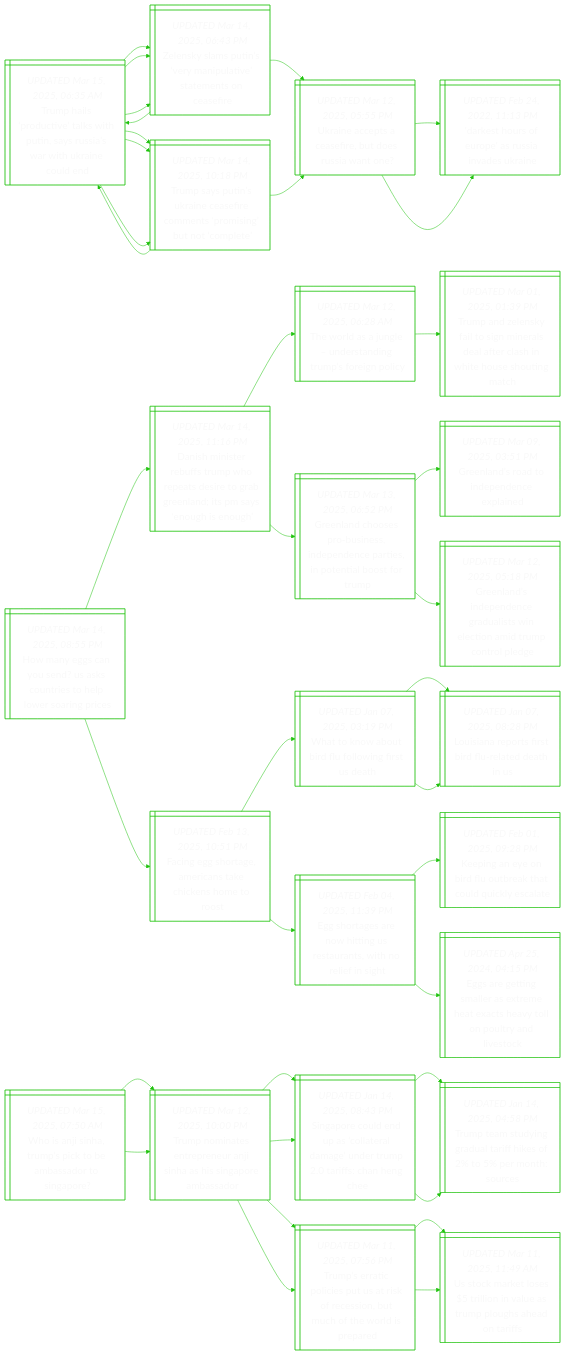
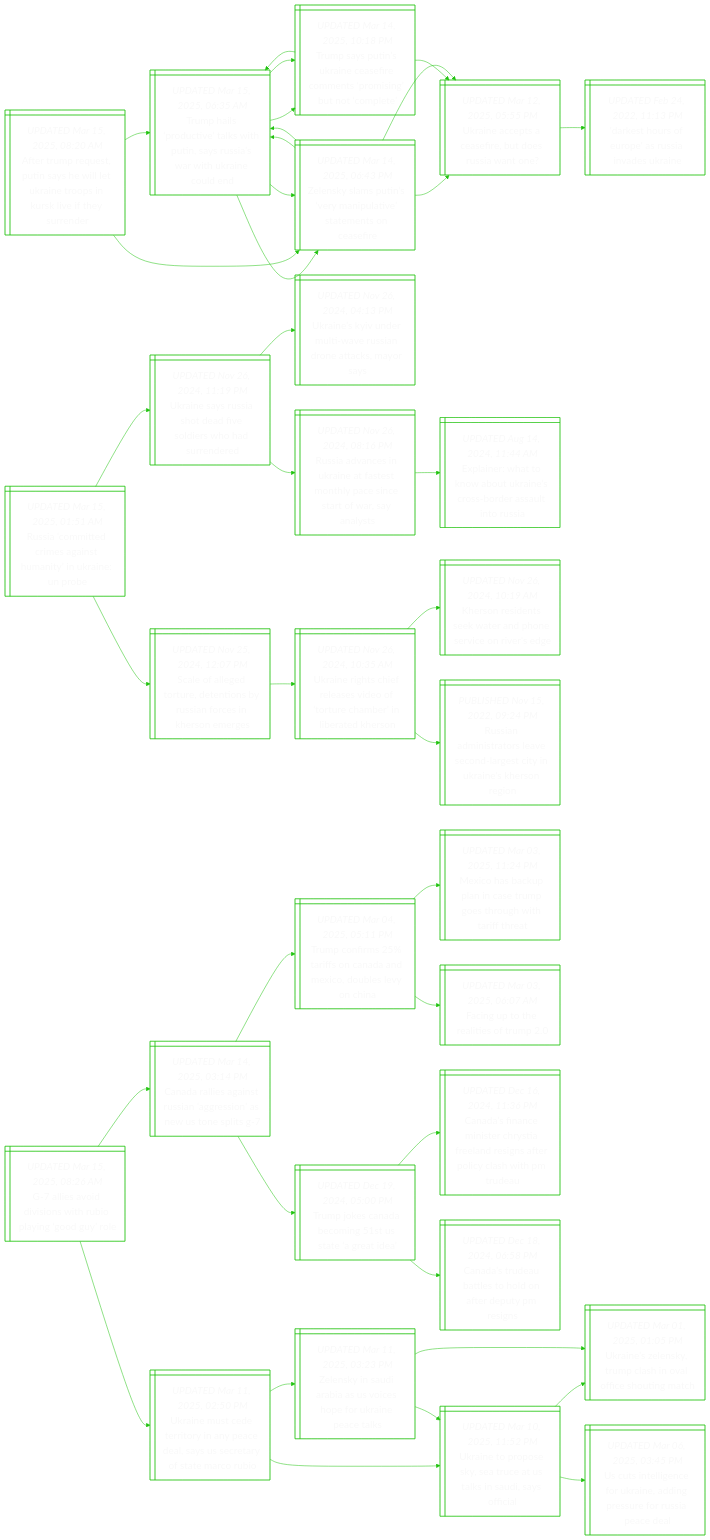
The diagram in README.md (notJmes/notJmes), drawn with Mermaid before and after one commit. The commit also changed other lines of this file, not shown here.

````diff
--- a/README.md
+++ b/README.md
@@ -16,8 +16,22 @@
 flowchart LR
 classDef txtsize font-size:20px;
 
+ATrsislUnoKlfsn@{ shape: win-pane, label: "_UPDATED Mar 15, 2025, 08:20 AM_
+After trump request, putin says he will let ukraine troops in kursk live if they surrender" }
 Thpctwuaswtaon@{ shape: win-pane, label: "_UPDATED Mar 15, 2025, 06:35 AM_
 Trump hails ‘productive’ talks with putin, says russia’s war with ukraine could end" }
+Zsatenasmose@{ shape: win-pane, label: "_UPDATED Mar 14, 2025, 06:43 PM_
+Zelensky slams putin’s ‘very manipulative’ statements on ceasefire" }
+Unecfusit@{ shape: win-pane, label: "_UPDATED Mar 12, 2025, 05:55 PM_
+Ukraine accepts a ceasefire, but does russia want one?" }
+Thpctwuaswtaon@{ shape: win-pane, label: "_UPDATED Mar 15, 2025, 06:35 AM_
+Trump hails ‘productive’ talks with putin, says russia’s war with ukraine could end" }
+TsuUnseeritot@{ shape: win-pane, label: "_UPDATED Mar 14, 2025, 10:18 PM_
+Trump says putin’s ukraine ceasefire comments ‘promising’ but not ‘complete’" }
+Thpctwuaswtaon@{ shape: win-pane, label: "_UPDATED Mar 15, 2025, 06:35 AM_
+Trump hails ‘productive’ talks with putin, says russia’s war with ukraine could end" }
+Unecfusit@{ shape: win-pane, label: "_UPDATED Mar 12, 2025, 05:55 PM_
+Ukraine accepts a ceasefire, but does russia want one?" }
 Zsatenasmose@{ shape: win-pane, label: "_UPDATED Mar 14, 2025, 06:43 PM_
 Zelensky slams putin’s ‘very manipulative’ statements on ceasefire" }
 Unecfusit@{ shape: win-pane, label: "_UPDATED Mar 12, 2025, 05:55 PM_
@@ -30,107 +44,93 @@
 Zelensky slams putin’s ‘very manipulative’ statements on ceasefire" }
 TsuUnseeritot@{ shape: win-pane, label: "_UPDATED Mar 14, 2025, 10:18 PM_
 Trump says putin’s ukraine ceasefire comments ‘promising’ but not ‘complete’" }
-TsuUnseeritot@{ shape: win-pane, label: "_UPDATED Mar 14, 2025, 10:18 PM_
-Trump says putin’s ukraine ceasefire comments ‘promising’ but not ‘complete’" }
-Thpctwuaswtaon@{ shape: win-pane, label: "_UPDATED Mar 15, 2025, 06:35 AM_
-Trump hails ‘productive’ talks with putin, says russia’s war with ukraine could end" }
-Zsatenasmose@{ shape: win-pane, label: "_UPDATED Mar 14, 2025, 06:43 PM_
-Zelensky slams putin’s ‘very manipulative’ statements on ceasefire" }
-TsuUnseeritot@{ shape: win-pane, label: "_UPDATED Mar 14, 2025, 10:18 PM_
-Trump says putin’s ukraine ceasefire comments ‘promising’ but not ‘complete’" }
-Unecfusit@{ shape: win-pane, label: "_UPDATED Mar 12, 2025, 05:55 PM_
-Ukraine accepts a ceasefire, but does russia want one?" }
-DsruasvUn@{ shape: win-pane, label: "_UPDATED Feb 24, 2022, 11:13 PM_
-'darkest hours of europe' as russia invades ukraine" }
 
+ATrsislUnoKlfsn:::txtsize --> Thpctwuaswtaon:::txtsize
 Thpctwuaswtaon:::txtsize --> Zsatenasmose:::txtsize
+Zsatenasmose:::txtsize --> Unecfusit:::txtsize
+Zsatenasmose:::txtsize --> Thpctwuaswtaon:::txtsize
+Thpctwuaswtaon:::txtsize --> TsuUnseeritot:::txtsize
+TsuUnseeritot:::txtsize --> Thpctwuaswtaon:::txtsize
+TsuUnseeritot:::txtsize --> Unecfusit:::txtsize
+ATrsislUnoKlfsn:::txtsize --> Zsatenasmose:::txtsize
 Zsatenasmose:::txtsize --> Unecfusit:::txtsize
 Unecfusit:::txtsize --> DsruasvUn:::txtsize
 Zsatenasmose:::txtsize --> Thpctwuaswtaon:::txtsize
 Thpctwuaswtaon:::txtsize --> Zsatenasmose:::txtsize
 Thpctwuaswtaon:::txtsize --> TsuUnseeritot:::txtsize
-Thpctwuaswtaon:::txtsize --> TsuUnseeritot:::txtsize
-TsuUnseeritot:::txtsize --> Thpctwuaswtaon:::txtsize
-Thpctwuaswtaon:::txtsize --> Zsatenasmose:::txtsize
-Thpctwuaswtaon:::txtsize --> TsuUnseeritot:::txtsize
-TsuUnseeritot:::txtsize --> Unecfusit:::txtsize
-Unecfusit:::txtsize --> DsruasvUn:::txtsize
 
-Hnsodknslerr@{ shape: win-pane, label: "_UPDATED Mar 14, 2025, 08:55 PM_
-How many eggs can you send? us asks countries to help lower soaring prices" }
-DhsespesrrenPsgn@{ shape: win-pane, label: "_UPDATED Mar 14, 2025, 11:16 PM_
-Danish minister rebuffs trump who repeats desire to grab greenland; its pm says ‘enough is enough’" }
-TralenTsil@{ shape: win-pane, label: "_UPDATED Mar 12, 2025, 06:28 AM_
-The world as a jungle – understanding trump’s foreign policy" }
-TalytnretaWHsit@{ shape: win-pane, label: "_UPDATED Mar 01, 2025, 01:39 PM_
-Trump and zelensky fail to sign minerals deal after clash in white house shouting match" }
-GlhsuseeastasT@{ shape: win-pane, label: "_UPDATED Mar 13, 2025, 06:52 PM_
-Greenland chooses pro-business, independence parties, in potential boost for trump" }
-Glropnpe@{ shape: win-pane, label: "_UPDATED Mar 09, 2025, 03:51 PM_
-Greenland’s road to independence explained" }
-Gliecdsntmunpe@{ shape: win-pane, label: "_UPDATED Mar 12, 2025, 05:18 PM_
-Greenland’s independence gradualists win election amid trump control pledge" }
-Fghgrscemo@{ shape: win-pane, label: "_UPDATED Feb 13, 2025, 10:51 PM_
-Facing egg shortage, americans take chickens home to roost" }
-Woabllgta@{ shape: win-pane, label: "_UPDATED Jan 07, 2025, 03:19 PM_
-What to know about bird flu following first us death" }
-Liestfldi@{ shape: win-pane, label: "_UPDATED Jan 07, 2025, 08:28 PM_
-Louisiana reports first bird flu-related death in us" }
-Liestfldi@{ shape: win-pane, label: "_UPDATED Jan 07, 2025, 08:28 PM_
-Louisiana reports first bird flu-related death in us" }
-EoentUtnteih@{ shape: win-pane, label: "_UPDATED Feb 04, 2025, 11:39 PM_
-Egg shortages are now hitting us restaurants, with no relief in sight" }
-Knyiurhuiea@{ shape: win-pane, label: "_UPDATED Feb 01, 2025, 09:28 PM_
-Keeping an eye on bird flu outbreak that could quickly escalate" }
-Ertmrthxhtntds@{ shape: win-pane, label: "_UPDATED Apr 25, 2024, 04:15 PM_
-Eggs are getting smaller as extreme heat exacts heavy toll on poultry and livestock" }
+RaicsnmyrUb@{ shape: win-pane, label: "_UPDATED Mar 15, 2025, 01:51 AM_
+Russia ‘committed crimes against humanity’ in ukraine: un probe" }
+Unsitforhre@{ shape: win-pane, label: "_UPDATED Nov 26, 2024, 11:19 PM_
+Ukraine says russia shot dead five soldiers who had surrendered" }
+Unieteiotms@{ shape: win-pane, label: "_UPDATED Nov 26, 2024, 04:13 PM_
+Ukraine’s kyiv under multi-wave russian drone attacks, mayor says" }
+Rannifstanawyy@{ shape: win-pane, label: "_UPDATED Nov 26, 2024, 08:16 PM_
+Russia advances in ukraine at fastest monthly pace since start of war, say analysts" }
+Eihkbkesdsiu@{ shape: win-pane, label: "_UPDATED Aug 14, 2024, 11:44 AM_
+Explainer: what to know about ukraine’s cross-border assault into russia" }
+Soeoenssfseee@{ shape: win-pane, label: "_UPDATED Nov 25, 2024, 12:07 PM_
+Scale of alleged torture, detentions by russian forces in kherson emerges" }
+Unhilsorceite@{ shape: win-pane, label: "_UPDATED Nov 26, 2024, 10:35 AM_
+Ukraine rights chief releases video of ‘torture chamber’ in liberated kherson" }
+Koiswaoroeg@{ shape: win-pane, label: "_UPDATED Nov 26, 2024, 10:19 AM_
+Kherson residents seek water and phone service on river's edge" }
+RairsengiUnern@{ shape: win-pane, label: "_PUBLISHED Nov 15, 2022, 09:24 PM_
+Russian administrators leave second-largest city in ukraine's kherson region" }
 
-Hnsodknslerr:::txtsize --> DhsespesrrenPsgn:::txtsize
-DhsespesrrenPsgn:::txtsize --> TralenTsil:::txtsize
-TralenTsil:::txtsize --> TalytnretaWHsit:::txtsize
-DhsespesrrenPsgn:::txtsize --> GlhsuseeastasT:::txtsize
-GlhsuseeastasT:::txtsize --> Glropnpe:::txtsize
-GlhsuseeastasT:::txtsize --> Gliecdsntmunpe:::txtsize
-Hnsodknslerr:::txtsize --> Fghgrscemo:::txtsize
-Fghgrscemo:::txtsize --> Woabllgta:::txtsize
-Woabllgta:::txtsize --> Liestfldi:::txtsize
-Woabllgta:::txtsize --> Liestfldi:::txtsize
-Fghgrscemo:::txtsize --> EoentUtnteih:::txtsize
-EoentUtnteih:::txtsize --> Knyiurhuiea:::txtsize
-EoentUtnteih:::txtsize --> Ertmrthxhtntds:::txtsize
+RaicsnmyrUb:::txtsize --> Unsitforhre:::txtsize
+Unsitforhre:::txtsize --> Unieteiotms:::txtsize
+Unsitforhre:::txtsize --> Rannifstanawyy:::txtsize
+Rannifstanawyy:::txtsize --> Eihkbkesdsiu:::txtsize
+RaicsnmyrUb:::txtsize --> Soeoenssfseee:::txtsize
+Soeoenssfseee:::txtsize --> Unhilsorceite:::txtsize
+Unhilsorceite:::txtsize --> Koiswaoroeg:::txtsize
+Unhilsorceite:::txtsize --> RairsengiUnern:::txtsize
 
-WAirpobdSp@{ shape: win-pane, label: "_UPDATED Mar 15, 2025, 07:50 AM_
-Who is anji sinha, trump’s pick to be ambassador to singapore?" }
-TnanrrSaSpma@{ shape: win-pane, label: "_UPDATED Mar 12, 2025, 10:00 PM_
-Trump nominates entrepreneur anji sinha as his singapore ambassador" }
-Sponsalgemihne@{ shape: win-pane, label: "_UPDATED Jan 14, 2025, 08:43 PM_
-Singapore could end up as ‘collateral damage’ under trump 2.0 tariffs: chan heng chee" }
-Tttndahoetr@{ shape: win-pane, label: "_UPDATED Jan 14, 2025, 04:58 PM_
-Trump team studying gradual tariff hikes of 2% to 5% per month: sources" }
-TstlsSseitowip@{ shape: win-pane, label: "_UPDATED Mar 11, 2025, 07:56 PM_
-Trump’s erratic policies put us at risk of recession, but much of the world is prepared" }
-UcksinlTphaas@{ shape: win-pane, label: "_UPDATED Mar 11, 2025, 11:49 AM_
-Us stock market loses $5 trillion in value as trump ploughs ahead on tariffs" }
-TnanrrSaSpma@{ shape: win-pane, label: "_UPDATED Mar 12, 2025, 10:00 PM_
-Trump nominates entrepreneur anji sinha as his singapore ambassador" }
-Sponsalgemihne@{ shape: win-pane, label: "_UPDATED Jan 14, 2025, 08:43 PM_
-Singapore could end up as ‘collateral damage’ under trump 2.0 tariffs: chan heng chee" }
-Tttndahoetr@{ shape: win-pane, label: "_UPDATED Jan 14, 2025, 04:58 PM_
-Trump team studying gradual tariff hikes of 2% to 5% per month: sources" }
-TstlsSseitowip@{ shape: win-pane, label: "_UPDATED Mar 11, 2025, 07:56 PM_
-Trump’s erratic policies put us at risk of recession, but much of the world is prepared" }
-UcksinlTphaas@{ shape: win-pane, label: "_UPDATED Mar 11, 2025, 11:49 AM_
-Us stock market loses $5 trillion in value as trump ploughs ahead on tariffs" }
+GeiisRpndo@{ shape: win-pane, label: "_UPDATED Mar 15, 2025, 08:26 AM_
+G-7 allies avoid divisions with rubio playing ‘good guy’ role" }
+CaiaRaroeol@{ shape: win-pane, label: "_UPDATED Mar 14, 2025, 03:14 PM_
+Canada rallies against russian ‘aggression’ as new us tone splits g-7" }
+TcrroadcbeC@{ shape: win-pane, label: "_UPDATED Mar 04, 2025, 05:11 PM_
+Trump confirms 25% tariffs on canada and mexico, doubles levy on china" }
+MoapnTghhtfa@{ shape: win-pane, label: "_UPDATED Mar 03, 2025, 11:24 PM_
+Mexico has backup plan in case trump goes through with tariff threat" }
+Fgtaer@{ shape: win-pane, label: "_UPDATED Mar 03, 2025, 06:07 AM_
+Facing up to the realities of trump 2.0" }
+TjCamtard@{ shape: win-pane, label: "_UPDATED Dec 19, 2024, 05:00 PM_
+Trump jokes canada becoming 51st us state ‘a great idea’" }
+CaaieyFasapyhPd@{ shape: win-pane, label: "_UPDATED Dec 16, 2024, 11:36 PM_
+Canada’s finance minister chrystia freeland resigns after policy clash with pm trudeau" }
+CadaslfePi@{ shape: win-pane, label: "_UPDATED Dec 18, 2024, 06:58 PM_
+Canada’s trudeau battles to hold on after deputy pm resigns" }
+UntttneeyeaSMR@{ shape: win-pane, label: "_UPDATED Mar 11, 2025, 02:50 PM_
+Ukraine must cede territory in any peace deal, says us secretary of state marco rubio" }
+UnreecSsuyi@{ shape: win-pane, label: "_UPDATED Mar 10, 2025, 11:52 PM_
+Ukraine to propose sky, sea truce at us talks in saudi, says official" }
+Unlyphaiogh@{ shape: win-pane, label: "_UPDATED Mar 01, 2025, 01:05 PM_
+Ukraine’s zelensky, trump clash in oval office shouting match" }
+UslnridrrRae@{ shape: win-pane, label: "_UPDATED Mar 06, 2025, 03:45 PM_
+Us cuts intelligence for ukraine, adding pressure for russia peace deal" }
+ZsSAavsfrpt@{ shape: win-pane, label: "_UPDATED Mar 11, 2025, 03:23 PM_
+Zelensky in saudi arabia as us voices hope for ukraine peace talks" }
+UnreecSsuyi@{ shape: win-pane, label: "_UPDATED Mar 10, 2025, 11:52 PM_
+Ukraine to propose sky, sea truce at us talks in saudi, says official" }
+Unlyphaiogh@{ shape: win-pane, label: "_UPDATED Mar 01, 2025, 01:05 PM_
+Ukraine’s zelensky, trump clash in oval office shouting match" }
 
-WAirpobdSp:::txtsize --> TnanrrSaSpma:::txtsize
-TnanrrSaSpma:::txtsize --> Sponsalgemihne:::txtsize
-Sponsalgemihne:::txtsize --> Tttndahoetr:::txtsize
-TnanrrSaSpma:::txtsize --> TstlsSseitowip:::txtsize
-TstlsSseitowip:::txtsize --> UcksinlTphaas:::txtsize
-WAirpobdSp:::txtsize --> TnanrrSaSpma:::txtsize
-TnanrrSaSpma:::txtsize --> Sponsalgemihne:::txtsize
-Sponsalgemihne:::txtsize --> Tttndahoetr:::txtsize
-TnanrrSaSpma:::txtsize --> TstlsSseitowip:::txtsize
-TstlsSseitowip:::txtsize --> UcksinlTphaas:::txtsize
+GeiisRpndo:::txtsize --> CaiaRaroeol:::txtsize
+CaiaRaroeol:::txtsize --> TcrroadcbeC:::txtsize
+TcrroadcbeC:::txtsize --> MoapnTghhtfa:::txtsize
+TcrroadcbeC:::txtsize --> Fgtaer:::txtsize
+CaiaRaroeol:::txtsize --> TjCamtard:::txtsize
+TjCamtard:::txtsize --> CaaieyFasapyhPd:::txtsize
+TjCamtard:::txtsize --> CadaslfePi:::txtsize
+GeiisRpndo:::txtsize --> UntttneeyeaSMR:::txtsize
+UntttneeyeaSMR:::txtsize --> UnreecSsuyi:::txtsize
+UnreecSsuyi:::txtsize --> Unlyphaiogh:::txtsize
+UnreecSsuyi:::txtsize --> UslnridrrRae:::txtsize
+UntttneeyeaSMR:::txtsize --> ZsSAavsfrpt:::txtsize
+ZsSAavsfrpt:::txtsize --> UnreecSsuyi:::txtsize
+ZsSAavsfrpt:::txtsize --> Unlyphaiogh:::txtsize
 
 ```
````
